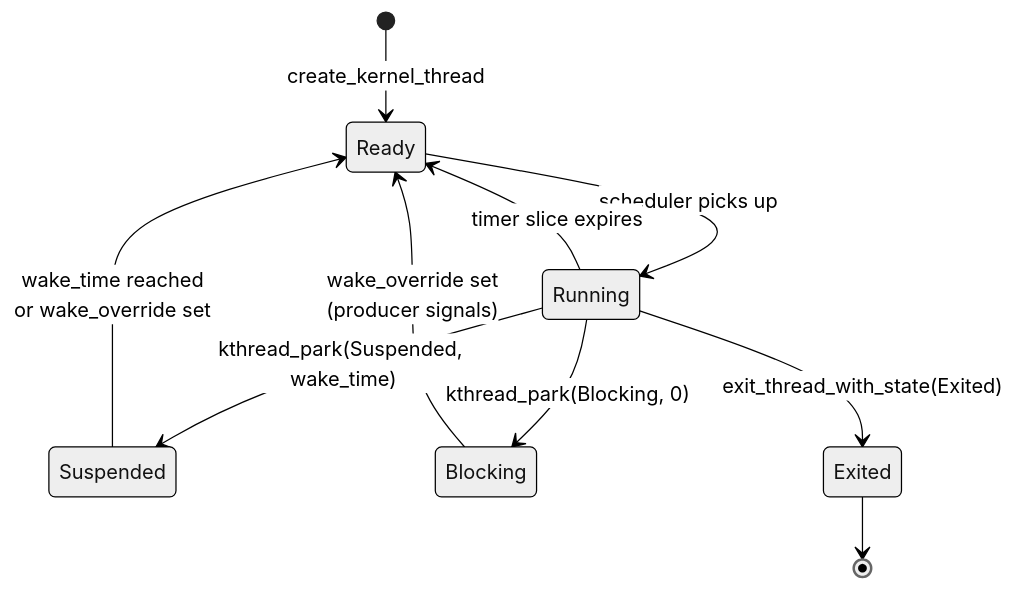
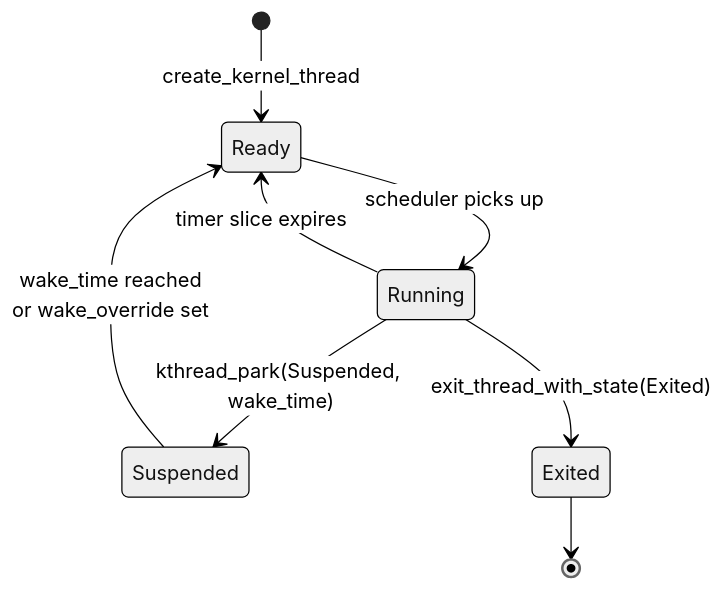
Before and after one commit to mayamaclean/orbit: the diagram in docs/kernel-threads.md, drawn with Mermaid. The commit also changed other lines of this file and 77 other files, not shown here.

````diff
--- a/docs/kernel-threads.md
+++ b/docs/kernel-threads.md
@@ -16,13 +16,11 @@
 ```mermaid
 %%{init: {'theme': 'neutral'}}%%
 stateDiagram-v2
     [*] --> Ready: create_kernel_thread
     Ready --> Running: scheduler picks up
     Running --> Ready: timer slice expires
     Running --> Suspended: kthread_park(Suspended, wake_time)
-    Running --> Blocking: kthread_park(Blocking, 0)
     Suspended --> Ready: wake_time reached<br/>or wake_override set
-    Blocking --> Ready: wake_override set<br/>(producer signals)
     Running --> Exited: exit_thread_with_state(Exited)
     Exited --> [*]
 ```
````
